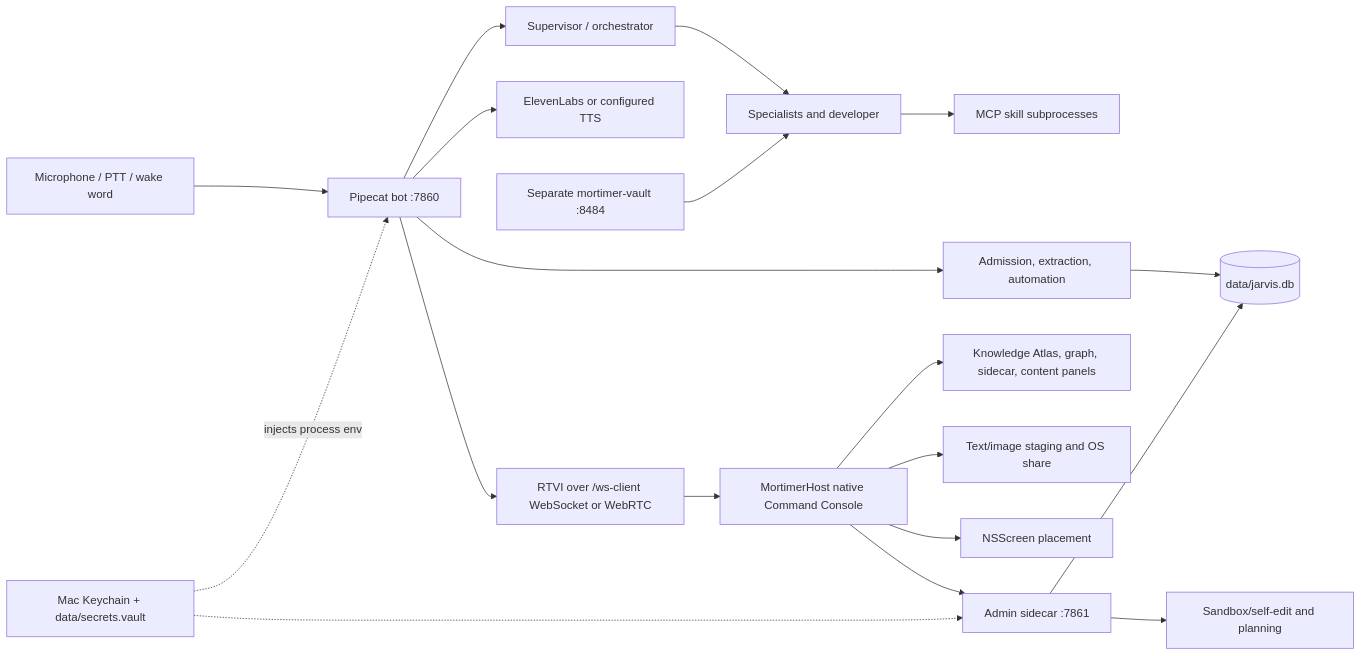
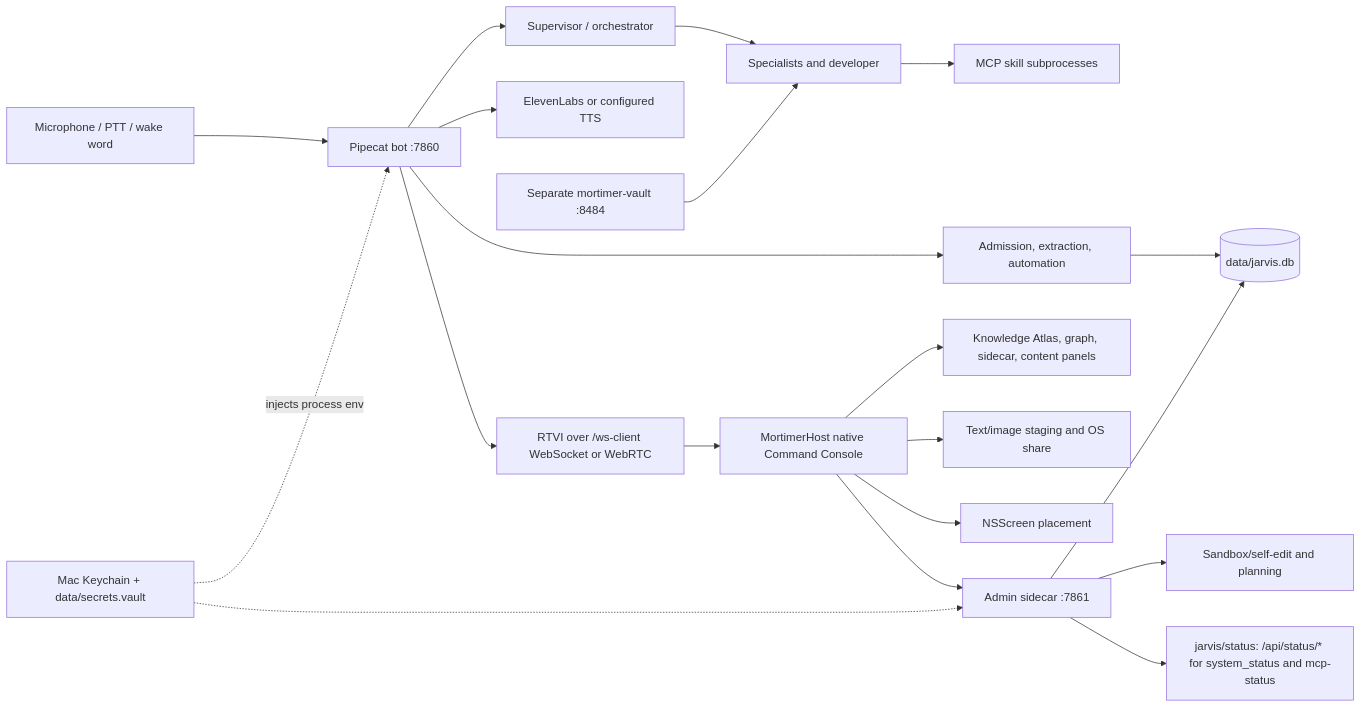
Before and after one commit to Larryfix71566/jarvis-voice-ai: the diagram in docs/ARCHITECTURE.md, drawn with Mermaid. The commit also changed other lines of this file and 2 other files, not shown here.

First line of the commit message:
T2.7: docs for P2 self-service status

````diff
--- a/docs/ARCHITECTURE.md
+++ b/docs/ARCHITECTURE.md
@@ -10,21 +10,22 @@
 ```mermaid
 flowchart LR
   MIC[Microphone / PTT / wake word] --> BOT[Pipecat bot :7860]
   BOT --> SUP[Supervisor / orchestrator]
   SUP --> AGENTS[Specialists and developer]
   AGENTS --> MCP[MCP skill subprocesses]
   BOT --> MEM[Admission, extraction, automation]
   MEM --> DB[(data/jarvis.db)]
   BOT --> TTS[ElevenLabs or configured TTS]
   BOT --> UI[RTVI over /ws-client WebSocket or WebRTC]
   UI --> HOST[MortimerHost native Command Console]
   HOST --> ATLAS[Knowledge Atlas, graph, sidecar, content panels]
   HOST --> SHARE[Text/image staging and OS share]
   HOST --> DISPLAY[NSScreen placement]
   HOST --> SIDE[Admin sidecar :7861]
   SIDE --> EDIT[Sandbox/self-edit and planning]
+  SIDE --> STATUS[jarvis/status: /api/status/* for system_status and mcp-status]
   SIDE --> DB
   VAULT[Mac Keychain + data/secrets.vault] -. injects process env .-> BOT
   VAULT -.-> SIDE
   KB[Separate mortimer-vault :8484] --> AGENTS
 ```
````
